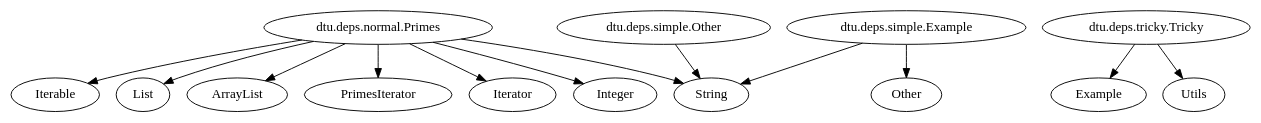
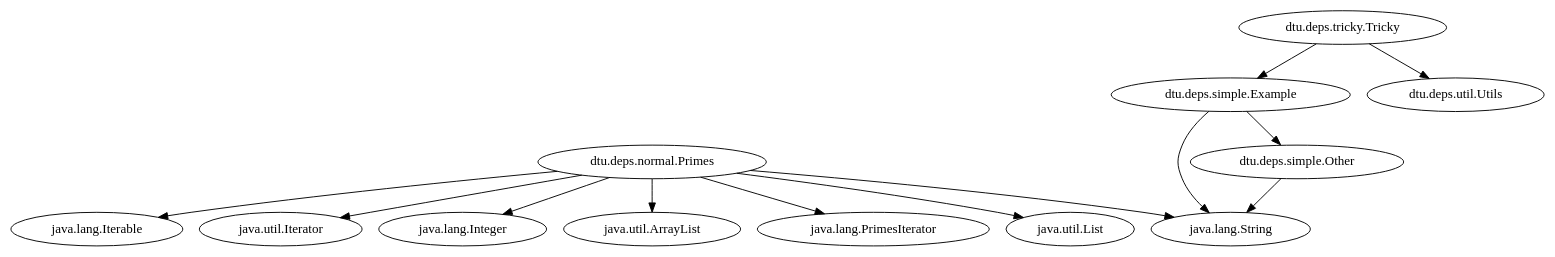
Before and after one commit to gtheodoridis/Program_Analysis_G4: the diagram in assignment-02/class_diagram.gv, drawn with Graphviz. The commit also changed 2 other files, not shown here.

Commit message:
Dependency graph (buggy)

```diff
--- a/assignment-02/class_diagram.gv
+++ b/assignment-02/class_diagram.gv
@@ -1,15 +1,15 @@
 // Class Diagram
 digraph {
-	"dtu.deps.normal.Primes" -> Iterable
-	"dtu.deps.normal.Primes" -> List
-	"dtu.deps.normal.Primes" -> ArrayList
-	"dtu.deps.normal.Primes" -> PrimesIterator
-	"dtu.deps.normal.Primes" -> String
-	"dtu.deps.normal.Primes" -> Iterator
-	"dtu.deps.normal.Primes" -> Integer
-	"dtu.deps.simple.Other" -> String
-	"dtu.deps.simple.Example" -> Other
-	"dtu.deps.simple.Example" -> String
-	"dtu.deps.tricky.Tricky" -> Example
-	"dtu.deps.tricky.Tricky" -> Utils
+	"dtu.deps.normal.Primes" -> "java.lang.Iterable"
+	"dtu.deps.normal.Primes" -> "java.util.Iterator"
+	"dtu.deps.normal.Primes" -> "java.lang.Integer"
+	"dtu.deps.normal.Primes" -> "java.util.ArrayList"
+	"dtu.deps.normal.Primes" -> "java.lang.PrimesIterator"
+	"dtu.deps.normal.Primes" -> "java.util.List"
+	"dtu.deps.normal.Primes" -> "java.lang.String"
+	"dtu.deps.simple.Other" -> "java.lang.String"
+	"dtu.deps.simple.Example" -> "java.lang.String"
+	"dtu.deps.simple.Example" -> "dtu.deps.simple.Other"
+	"dtu.deps.tricky.Tricky" -> "dtu.deps.util.Utils"
+	"dtu.deps.tricky.Tricky" -> "dtu.deps.simple.Example"
 }
```
